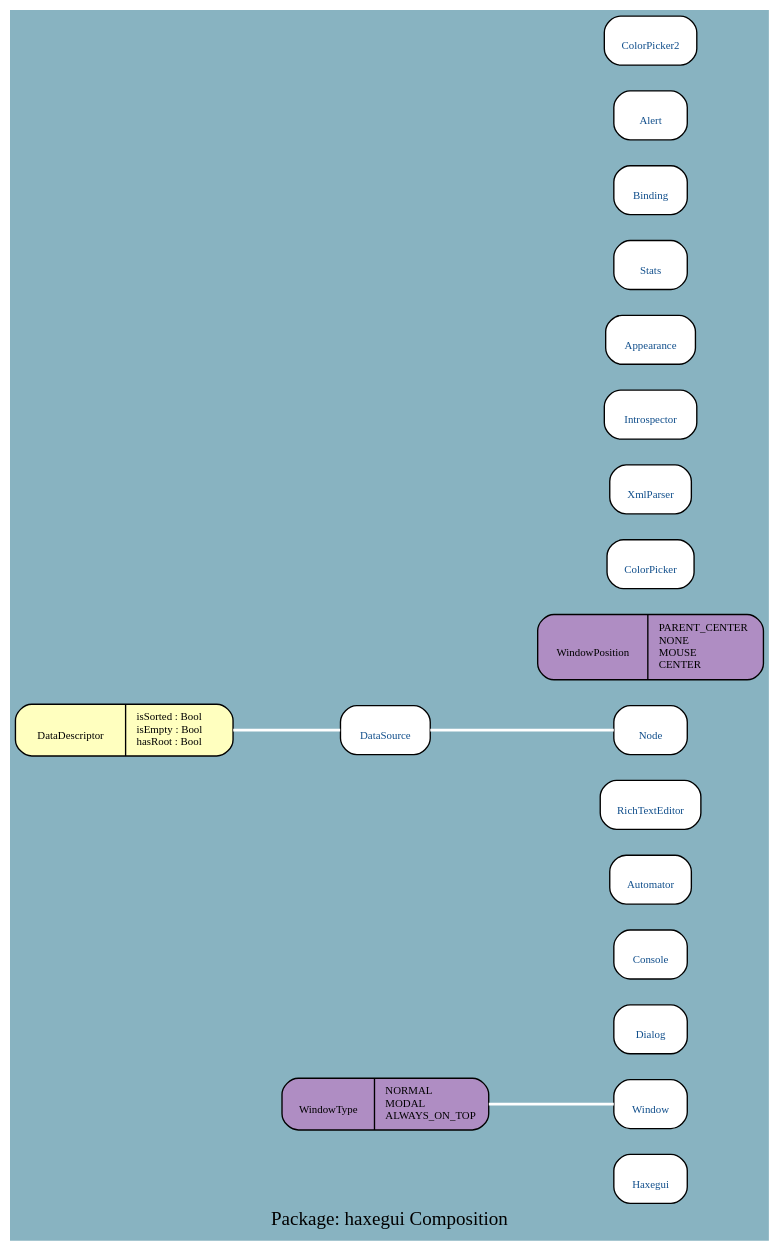
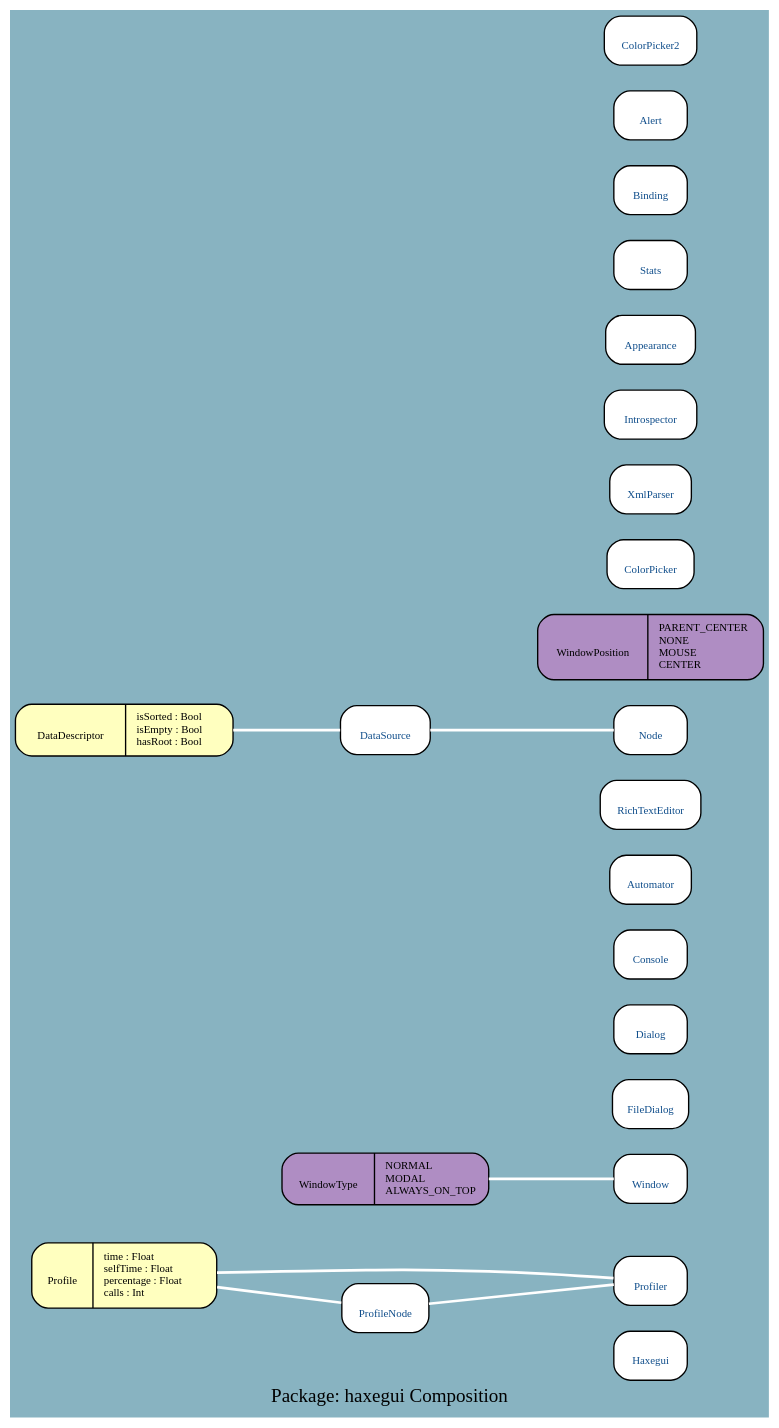
One commit to google-code-export/haxegui changed the diagram in docs/uml/haxegui_C.dot. Above: the diagram before and after it, drawn with Graphviz. The commit also changed 315 other files, not shown here.

```diff
--- a/docs/uml/haxegui_C.dot
+++ b/docs/uml/haxegui_C.dot
@@ -1,29 +1,36 @@
 digraph uml {
 	graph [label="Package: haxegui Composition", ratio=compress, rankdir=RL, smoothing=avg_dist, overlap=false, fontname="DejaVu Sans Condenesed", fontsize=14, bgcolor="#88B3C1", fontcolor=black];
 	node [label="\N", fontname="DejaVu Sans Condenesed", fontsize=8, shape=record, color=black, fontcolor=black];
 	edge [fontname="DejaVu Sans Condenesed", fontsize=8, color=black, fontcolor=black];
 	graph [lp="275,12",
-		bb="0,0,550,883"];
+		bb="0,0,550,1012"];
 	"haxegui.Haxegui" [label="{\nHaxegui}", fontcolor="#104E8B", style="rounded,filled", fillcolor=white, URL="../types/haxegui/Haxegui.html", tooltip="\nHaxegui", pos="467,43", rects="440,25,494,61", width="0.75", height="0.50"];
-	"haxegui.Window" [label="{\nWindow}", fontcolor="#104E8B", style="rounded,filled", fillcolor=white, URL="../types/haxegui/Window.html", tooltip="\nWindow", pos="467,97", rects="440,79,494,115", width="0.75", height="0.50"];
-	"haxegui.WindowType" [label="{\nWindowType|NORMAL\lMODAL\lALWAYS_ON_TOP\l}", style="rounded,filled", fillcolor="#af8dc3", pos="272,97", rects="196,78,262,116 262,78,348,116", width="2.11", height="0.53"];
-	"haxegui.Dialog" [label="{\nDialog}", fontcolor="#104E8B", style="rounded,filled", fillcolor=white, URL="../types/haxegui/Dialog.html", tooltip="\nDialog", pos="467,151", rects="440,133,494,169", width="0.75", height="0.50"];
-	"haxegui.Console" [label="{\nConsole}", fontcolor="#104E8B", style="rounded,filled", fillcolor=white, URL="../types/haxegui/Console.html", tooltip="\nConsole", pos="467,205", rects="440,187,494,223", width="0.75", height="0.50"];
-	"haxegui.Automator" [label="{\nAutomator}", fontcolor="#104E8B", style="rounded,filled", fillcolor=white, URL="../types/haxegui/Automator.html", tooltip="\nAutomator", pos="467,259", rects="437,241,497,277", width="0.83", height="0.50"];
-	"haxegui.RichTextEditor" [label="{\nRichTextEditor}", fontcolor="#104E8B", style="rounded,filled", fillcolor=white, URL="../types/haxegui/RichTextEditor.html", tooltip="\nRichTextEditor", pos="467,313", rects="430,295,505,331", width="1.03", height="0.50"];
-	"haxegui.DataDescriptor" [label="{\nDataDescriptor|isSorted : Bool\lisEmpty : Bool\lhasRoot : Bool\l}", style="rounded,filled", fillcolor="#ffffbf", pos="80,367", rects="0,348,80,386 80,348,160,386", width="2.22", height="0.53"];
-	"haxegui.DataSource" [label="{\nDataSource}", fontcolor="#104E8B", style="rounded,filled", fillcolor=white, URL="../types/haxegui/DataSource.html", tooltip="\nDataSource", pos="272,367", rects="239,349,305,385", width="0.92", height="0.50"];
-	"haxegui.WindowPosition" [label="{\nWindowPosition|PARENT_CENTER\lNONE\lMOUSE\lCENTER\l}", style="rounded,filled", fillcolor="#af8dc3", pos="467,427", rects="384,403,465,451 465,403,550,451", width="2.31", height="0.67"];
-	"haxegui.ColorPicker" [label="{\nColorPicker}", fontcolor="#104E8B", style="rounded,filled", fillcolor=white, URL="../types/haxegui/ColorPicker.html", tooltip="\nColorPicker", pos="467,487", rects="435,469,499,505", width="0.89", height="0.50"];
-	"haxegui.XmlParser" [label="{\nXmlParser}", fontcolor="#104E8B", style="rounded,filled", fillcolor=white, URL="../types/haxegui/XmlParser.html", tooltip="\nXmlParser", pos="467,541", rects="437,523,497,559", width="0.83", height="0.50"];
-	"haxegui.Node" [label="{\nNode}", fontcolor="#104E8B", style="rounded,filled", fillcolor=white, URL="../types/haxegui/Node.html", tooltip="\nNode", pos="467,367", rects="440,349,494,385", width="0.75", height="0.50"];
-	"haxegui.Introspector" [label="{\nIntrospector}", fontcolor="#104E8B", style="rounded,filled", fillcolor=white, URL="../types/haxegui/Introspector.html", tooltip="\nIntrospector", pos="467,595", rects="433,577,501,613", width="0.94", height="0.50"];
-	"haxegui.Appearance" [label="{\nAppearance}", fontcolor="#104E8B", style="rounded,filled", fillcolor=white, URL="../types/haxegui/Appearance.html", tooltip="\nAppearance", pos="467,649", rects="434,631,500,667", width="0.92", height="0.50"];
-	"haxegui.Stats" [label="{\nStats}", fontcolor="#104E8B", style="rounded,filled", fillcolor=white, URL="../types/haxegui/Stats.html", tooltip="\nStats", pos="467,703", rects="440,685,494,721", width="0.75", height="0.50"];
-	"haxegui.Binding" [label="{\nBinding}", fontcolor="#104E8B", style="rounded,filled", fillcolor=white, URL="../types/haxegui/Binding.html", tooltip="\nBinding", pos="467,757", rects="440,739,494,775", width="0.75", height="0.50"];
-	"haxegui.Alert" [label="{\nAlert}", fontcolor="#104E8B", style="rounded,filled", fillcolor=white, URL="../types/haxegui/Alert.html", tooltip="\nAlert", pos="467,811", rects="440,793,494,829", width="0.75", height="0.50"];
-	"haxegui.ColorPicker2" [label="{\nColorPicker2}", fontcolor="#104E8B", style="rounded,filled", fillcolor=white, URL="../types/haxegui/ColorPicker2.html", tooltip="\nColorPicker2", pos="467,865", rects="433,847,502,883", width="0.94", height="0.50"];
-	"haxegui.Window" -> "haxegui.WindowType" [color=white, style=bold, arrowhead=none, arrowtail=diamond, arrowsize=1, pos="s,440,97 428,97 405,97 376,97 348,97"];
-	"haxegui.DataSource" -> "haxegui.DataDescriptor" [color=white, style=bold, arrowhead=none, arrowtail=diamond, arrowsize=1, pos="s,239,367 227,367 207,367 183,367 160,367"];
-	"haxegui.Node" -> "haxegui.DataSource" [color=white, style=bold, arrowhead=none, arrowtail=diamond, arrowsize=1, pos="s,440,367 428,367 391,367 339,367 305,367"];
+	"haxegui.Profile" [label="{\nProfile|time : Float\lselfTime : Float\lpercentage : Float\lcalls : Int\l}", style="rounded,filled", fillcolor="#ffffbf", pos="80,99", rects="12,75,55,123 55,75,148,123", width="1.89", height="0.67"];
+	"haxegui.ProfileNode" [label="{\nProfileNode}", fontcolor="#104E8B", style="rounded,filled", fillcolor=white, URL="../types/haxegui/ProfileNode.html", tooltip="\nProfileNode", pos="272,76", rects="240,58,305,94", width="0.89", height="0.50"];
+	"haxegui.Profiler" [label="{\nProfiler}", fontcolor="#104E8B", style="rounded,filled", fillcolor=white, URL="../types/haxegui/Profiler.html", tooltip="\nProfiler", pos="467,97", rects="440,79,494,115", width="0.75", height="0.50"];
+	"haxegui.Window" [label="{\nWindow}", fontcolor="#104E8B", style="rounded,filled", fillcolor=white, URL="../types/haxegui/Window.html", tooltip="\nWindow", pos="467,172", rects="440,154,494,190", width="0.75", height="0.50"];
+	"haxegui.WindowType" [label="{\nWindowType|NORMAL\lMODAL\lALWAYS_ON_TOP\l}", style="rounded,filled", fillcolor="#af8dc3", pos="272,172", rects="196,153,262,191 262,153,348,191", width="2.11", height="0.53"];
+	"haxegui.FileDialog" [label="{\nFileDialog}", fontcolor="#104E8B", style="rounded,filled", fillcolor=white, URL="../types/haxegui/FileDialog.html", tooltip="\nFileDialog", pos="467,226", rects="439,208,495,244", width="0.78", height="0.50"];
+	"haxegui.Dialog" [label="{\nDialog}", fontcolor="#104E8B", style="rounded,filled", fillcolor=white, URL="../types/haxegui/Dialog.html", tooltip="\nDialog", pos="467,280", rects="440,262,494,298", width="0.75", height="0.50"];
+	"haxegui.Console" [label="{\nConsole}", fontcolor="#104E8B", style="rounded,filled", fillcolor=white, URL="../types/haxegui/Console.html", tooltip="\nConsole", pos="467,334", rects="440,316,494,352", width="0.75", height="0.50"];
+	"haxegui.Automator" [label="{\nAutomator}", fontcolor="#104E8B", style="rounded,filled", fillcolor=white, URL="../types/haxegui/Automator.html", tooltip="\nAutomator", pos="467,388", rects="437,370,497,406", width="0.83", height="0.50"];
+	"haxegui.RichTextEditor" [label="{\nRichTextEditor}", fontcolor="#104E8B", style="rounded,filled", fillcolor=white, URL="../types/haxegui/RichTextEditor.html", tooltip="\nRichTextEditor", pos="467,442", rects="430,424,505,460", width="1.03", height="0.50"];
+	"haxegui.DataDescriptor" [label="{\nDataDescriptor|isSorted : Bool\lisEmpty : Bool\lhasRoot : Bool\l}", style="rounded,filled", fillcolor="#ffffbf", pos="80,496", rects="0,477,80,515 80,477,160,515", width="2.22", height="0.53"];
+	"haxegui.DataSource" [label="{\nDataSource}", fontcolor="#104E8B", style="rounded,filled", fillcolor=white, URL="../types/haxegui/DataSource.html", tooltip="\nDataSource", pos="272,496", rects="239,478,305,514", width="0.92", height="0.50"];
+	"haxegui.WindowPosition" [label="{\nWindowPosition|PARENT_CENTER\lNONE\lMOUSE\lCENTER\l}", style="rounded,filled", fillcolor="#af8dc3", pos="467,556", rects="384,532,465,580 465,532,550,580", width="2.31", height="0.67"];
+	"haxegui.ColorPicker" [label="{\nColorPicker}", fontcolor="#104E8B", style="rounded,filled", fillcolor=white, URL="../types/haxegui/ColorPicker.html", tooltip="\nColorPicker", pos="467,616", rects="435,598,499,634", width="0.89", height="0.50"];
+	"haxegui.XmlParser" [label="{\nXmlParser}", fontcolor="#104E8B", style="rounded,filled", fillcolor=white, URL="../types/haxegui/XmlParser.html", tooltip="\nXmlParser", pos="467,670", rects="437,652,497,688", width="0.83", height="0.50"];
+	"haxegui.Node" [label="{\nNode}", fontcolor="#104E8B", style="rounded,filled", fillcolor=white, URL="../types/haxegui/Node.html", tooltip="\nNode", pos="467,496", rects="440,478,494,514", width="0.75", height="0.50"];
+	"haxegui.Introspector" [label="{\nIntrospector}", fontcolor="#104E8B", style="rounded,filled", fillcolor=white, URL="../types/haxegui/Introspector.html", tooltip="\nIntrospector", pos="467,724", rects="433,706,501,742", width="0.94", height="0.50"];
+	"haxegui.Appearance" [label="{\nAppearance}", fontcolor="#104E8B", style="rounded,filled", fillcolor=white, URL="../types/haxegui/Appearance.html", tooltip="\nAppearance", pos="467,778", rects="434,760,500,796", width="0.92", height="0.50"];
+	"haxegui.Stats" [label="{\nStats}", fontcolor="#104E8B", style="rounded,filled", fillcolor=white, URL="../types/haxegui/Stats.html", tooltip="\nStats", pos="467,832", rects="440,814,494,850", width="0.75", height="0.50"];
+	"haxegui.Binding" [label="{\nBinding}", fontcolor="#104E8B", style="rounded,filled", fillcolor=white, URL="../types/haxegui/Binding.html", tooltip="\nBinding", pos="467,886", rects="440,868,494,904", width="0.75", height="0.50"];
+	"haxegui.Alert" [label="{\nAlert}", fontcolor="#104E8B", style="rounded,filled", fillcolor=white, URL="../types/haxegui/Alert.html", tooltip="\nAlert", pos="467,940", rects="440,922,494,958", width="0.75", height="0.50"];
+	"haxegui.ColorPicker2" [label="{\nColorPicker2}", fontcolor="#104E8B", style="rounded,filled", fillcolor=white, URL="../types/haxegui/ColorPicker2.html", tooltip="\nColorPicker2", pos="467,994", rects="433,976,502,1012", width="0.94", height="0.50"];
+	"haxegui.ProfileNode" -> "haxegui.Profile" [color=white, style=bold, arrowhead=none, arrowtail=diamond, arrowsize=1, pos="s,240,80 228,81 204,84 174,88 148,91"];
+	"haxegui.Profiler" -> "haxegui.ProfileNode" [color=white, style=bold, arrowhead=none, arrowtail=diamond, arrowsize=1, pos="s,440,94 428,93 391,89 339,83 305,79"];
+	"haxegui.Profiler" -> "haxegui.Profile" [color=white, style=bold, arrowhead=none, arrowtail=diamond, arrowsize=1, pos="s,440,99 428,100 405,101 374,102 348,103 280,105 263,105 196,103 180,103 164,103 148,102"];
+	"haxegui.Window" -> "haxegui.WindowType" [color=white, style=bold, arrowhead=none, arrowtail=diamond, arrowsize=1, pos="s,440,172 428,172 405,172 376,172 348,172"];
+	"haxegui.DataSource" -> "haxegui.DataDescriptor" [color=white, style=bold, arrowhead=none, arrowtail=diamond, arrowsize=1, pos="s,239,496 227,496 207,496 183,496 160,496"];
+	"haxegui.Node" -> "haxegui.DataSource" [color=white, style=bold, arrowhead=none, arrowtail=diamond, arrowsize=1, pos="s,440,496 428,496 391,496 339,496 305,496"];
 }
```
